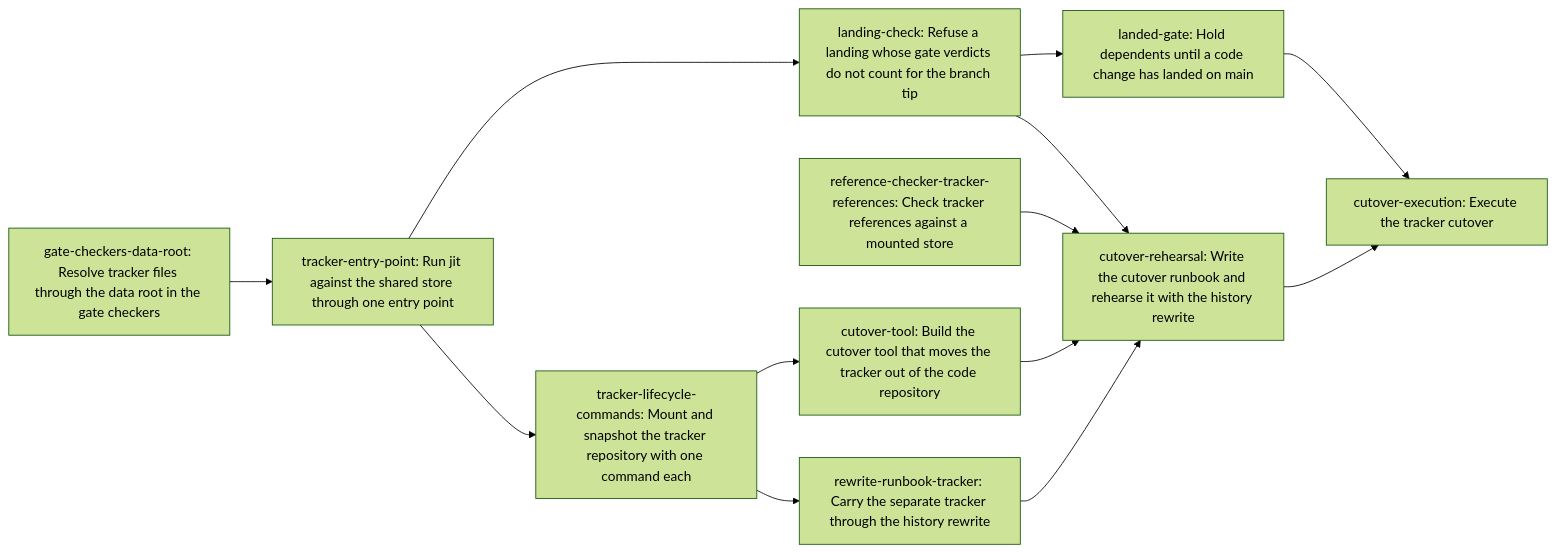
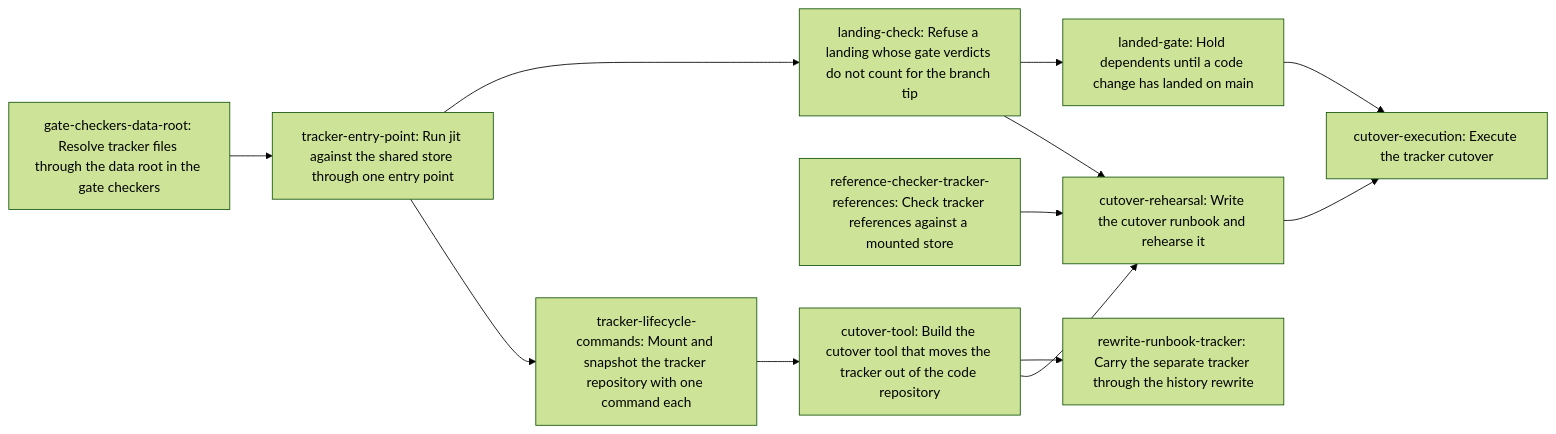
Before and after one commit to erankavija/gf2: the diagram in dev/active/6ba9be17-tracker-repository/plan.md, drawn with Mermaid (forest theme). The commit also changed other lines of this file and 1 other file, not shown here.

First line of the commit message:
docs(jit:6ba9be17): run the cutover alone, before the rewrite

````diff
--- a/dev/active/6ba9be17-tracker-repository/plan.md
+++ b/dev/active/6ba9be17-tracker-repository/plan.md
@@ -166,25 +166,24 @@
 ```mermaid
 flowchart LR
     N0["gate-checkers-data-root: Resolve tracker files through the data root in the gate checkers"]
     N1["tracker-entry-point: Run jit against the shared store through one entry point"]
     N2["landing-check: Refuse a landing whose gate verdicts do not count for the branch tip"]
     N3["landed-gate: Hold dependents until a code change has landed on main"]
     N4["reference-checker-tracker-references: Check tracker references against a mounted store"]
     N5["tracker-lifecycle-commands: Mount and snapshot the tracker repository with one command each"]
     N6["cutover-tool: Build the cutover tool that moves the tracker out of the code repository"]
     N7["rewrite-runbook-tracker: Carry the separate tracker through the history rewrite"]
-    N8["cutover-rehearsal: Write the cutover runbook and rehearse it with the history rewrite"]
+    N8["cutover-rehearsal: Write the cutover runbook and rehearse it"]
     N9["cutover-execution: Execute the tracker cutover"]
     N0 --> N1
     N1 --> N2
     N2 --> N3
     N1 --> N5
     N5 --> N6
-    N5 --> N7
+    N6 --> N7
     N2 --> N8
     N4 --> N8
     N6 --> N8
-    N7 --> N8
     N8 --> N9
     N3 --> N9
 ```
````
